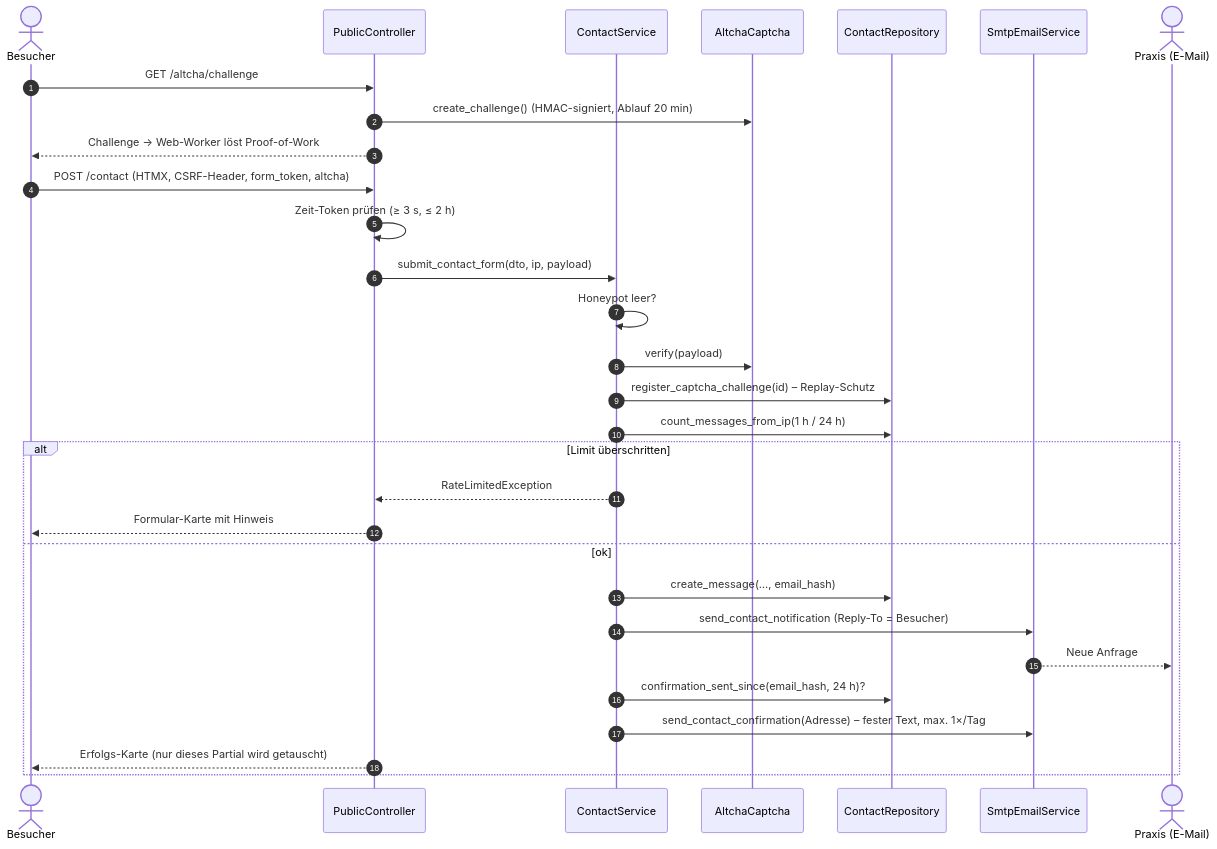
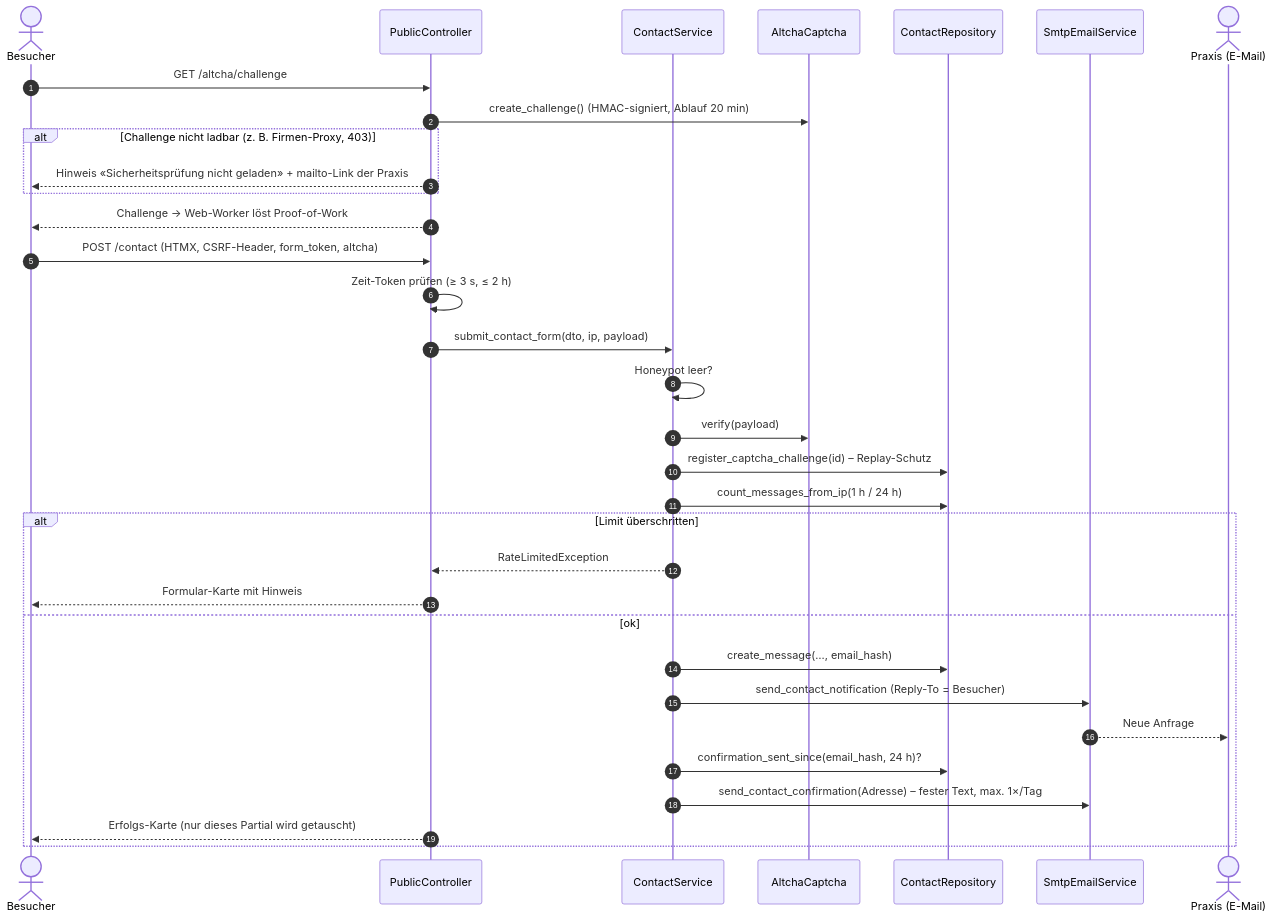
One commit to winSC1ENCE/pusterum changed the second of 6 diagrams in docs/architecture/sequence_diagrams.md. Above: the diagram before and after it, drawn with Mermaid. The commit also changed other lines of this file and 3 other files, not shown here.

First line of the commit message:
docs: architecture diagrams up to date (v1.1), encrypted system overview

````diff
--- a/docs/architecture/sequence_diagrams.md
+++ b/docs/architecture/sequence_diagrams.md
@@ -34,33 +34,36 @@
 ```mermaid
 sequenceDiagram
     autonumber
     actor B as Besucher
     participant P as PublicController
     participant CS as ContactService
     participant CAP as AltchaCaptcha
     participant R as ContactRepository
     participant MAIL as SmtpEmailService
     actor T as Praxis (E-Mail)
 
     B->>P: GET /altcha/challenge
     P->>CAP: create_challenge() (HMAC-signiert, Ablauf 20 min)
+    alt Challenge nicht ladbar (z. B. Firmen-Proxy, 403)
+        P-->>B: Hinweis «Sicherheitsprüfung nicht geladen» + mailto-Link der Praxis
+    end
     P-->>B: Challenge → Web-Worker löst Proof-of-Work
     B->>P: POST /contact (HTMX, CSRF-Header, form_token, altcha)
     P->>P: Zeit-Token prüfen (≥ 3 s, ≤ 2 h)
     P->>CS: submit_contact_form(dto, ip, payload)
     CS->>CS: Honeypot leer?
     CS->>CAP: verify(payload)
     CS->>R: register_captcha_challenge(id) – Replay-Schutz
     CS->>R: count_messages_from_ip(1 h / 24 h)
     alt Limit überschritten
         CS-->>P: RateLimitedException
         P-->>B: Formular-Karte mit Hinweis
     else ok
         CS->>R: create_message(…, email_hash)
         CS->>MAIL: send_contact_notification (Reply-To = Besucher)
         MAIL-->>T: Neue Anfrage
         CS->>R: confirmation_sent_since(email_hash, 24 h)?
         CS->>MAIL: send_contact_confirmation(Adresse) – fester Text, max. 1×/Tag
         P-->>B: Erfolgs-Karte (nur dieses Partial wird getauscht)
     end
 ```
````
